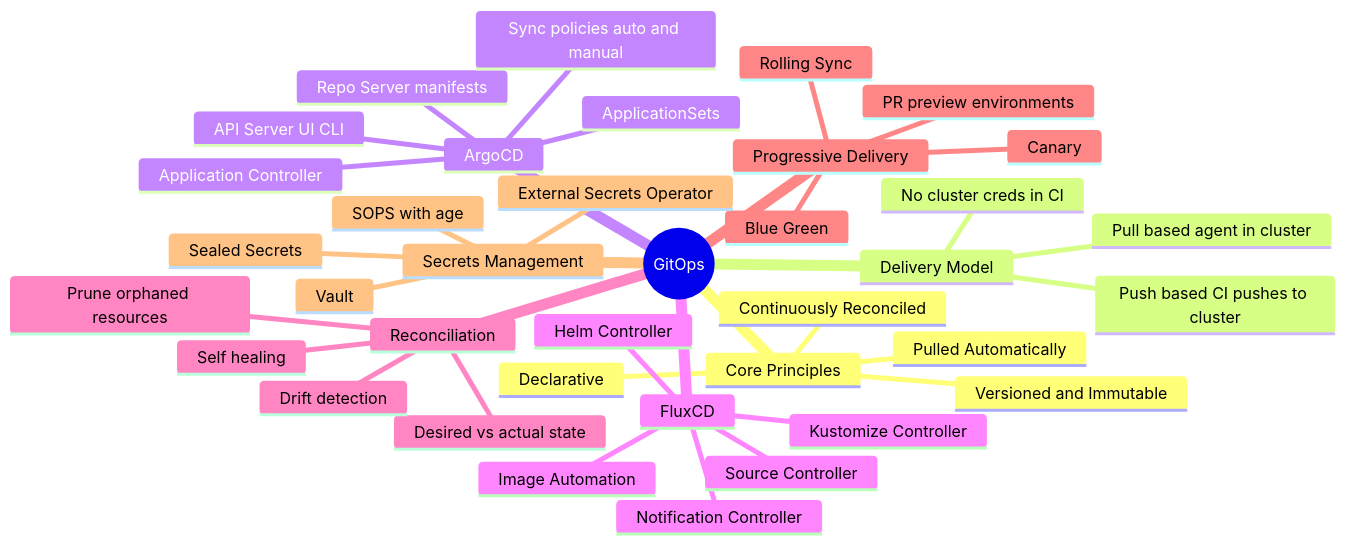
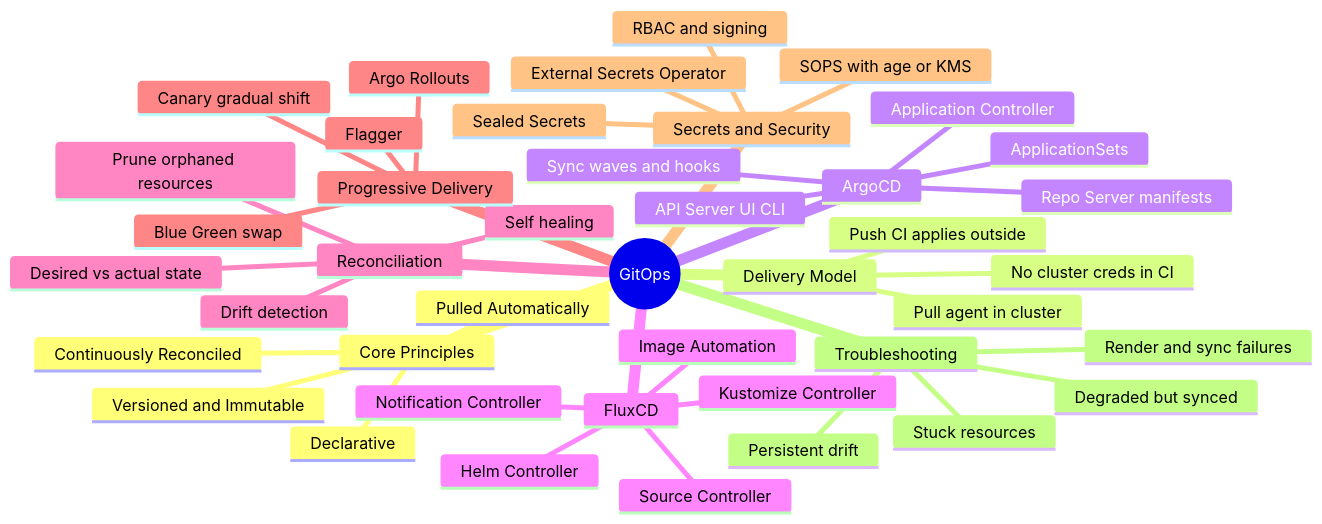
One commit to rakesh-budde/devops-guide changed the first of 2 diagrams in gitops/README.md. Above: the diagram before and after it, drawn with Mermaid. The commit also changed other lines of this file and 127 other files, not shown here.

````diff
--- a/gitops/README.md
+++ b/gitops/README.md
@@ -23,40 +37,45 @@
 ```mermaid
 mindmap
   root((GitOps))
     Core Principles
       Declarative
       Versioned and Immutable
       Pulled Automatically
       Continuously Reconciled
     Delivery Model
-      Pull based agent in cluster
-      Push based CI pushes to cluster
+      Pull agent in cluster
+      Push CI applies outside
       No cluster creds in CI
     ArgoCD
       API Server UI CLI
       Repo Server manifests
       Application Controller
       ApplicationSets
-      Sync policies auto and manual
+      Sync waves and hooks
     FluxCD
       Source Controller
       Kustomize Controller
       Helm Controller
       Image Automation
       Notification Controller
     Reconciliation
       Desired vs actual state
       Drift detection
       Self healing
       Prune orphaned resources
     Progressive Delivery
-      Canary
-      Blue Green
-      Rolling Sync
-      PR preview environments
-    Secrets Management
+      Canary gradual shift
+      Blue Green swap
+      Argo Rollouts
+      Flagger
+    Secrets and Security
       Sealed Secrets
       External Secrets Operator
-      SOPS with age
-      Vault
+      SOPS with age or KMS
+      RBAC and signing
+    Troubleshooting
+      Render and sync failures
+      Persistent drift
+      Stuck resources
+      Degraded but synced
 ```
````
